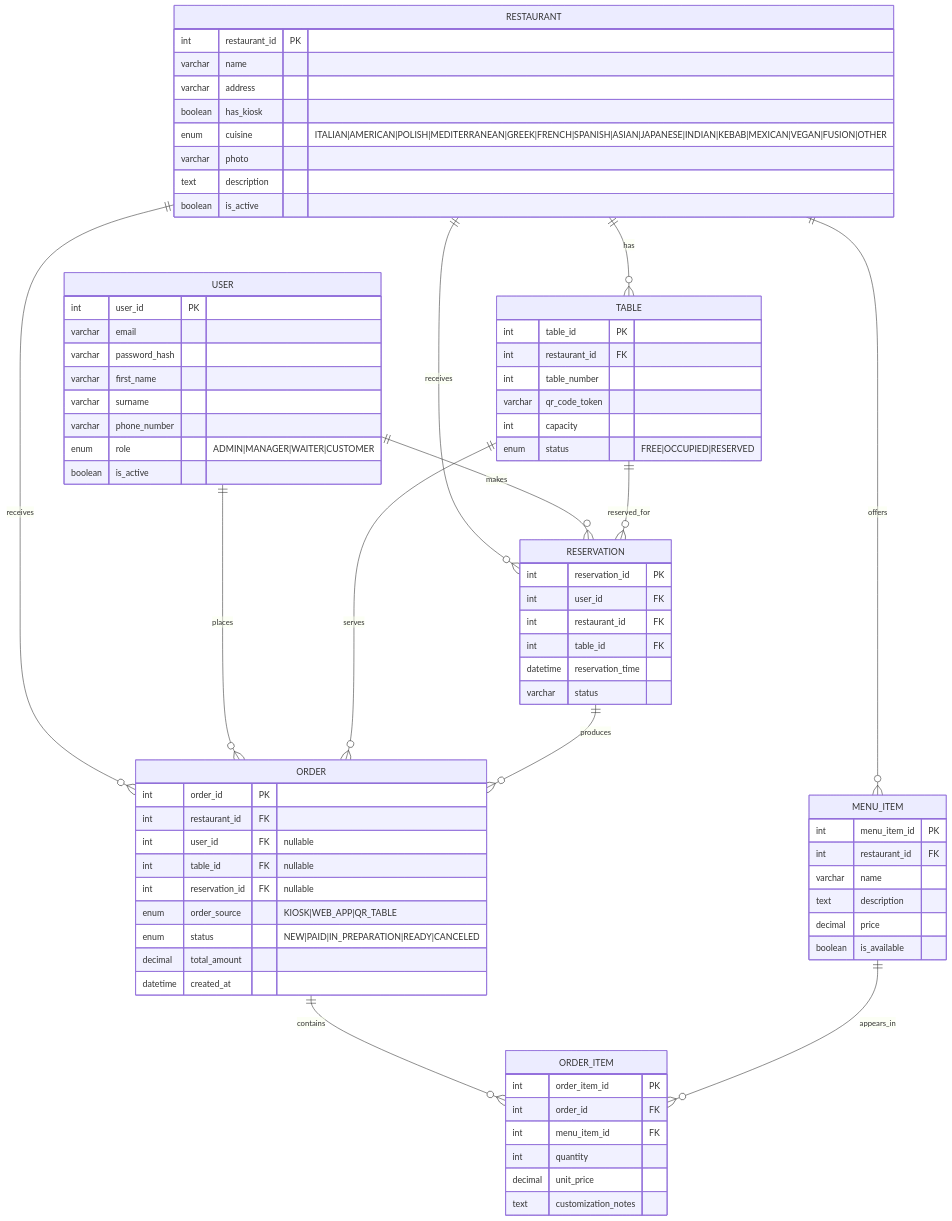
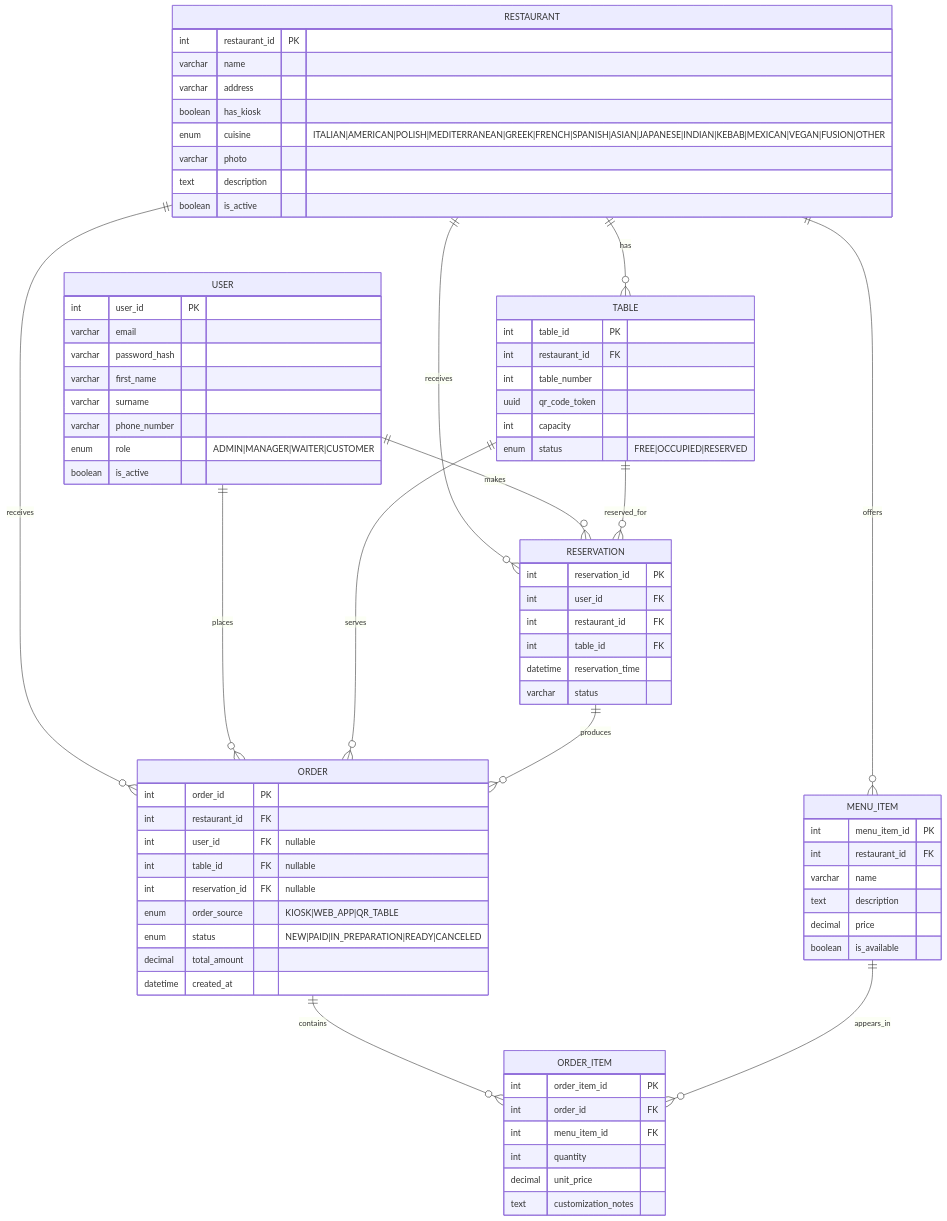
The second of 2 diagrams in Documentation/ARCHITECTURE.md (MatiBukowski/Zastosowania-Informatyki-w-gospodarce-), drawn with Mermaid before and after one commit.

Commit message:
Change qr_code_token type from varchar to uuid

```diff
--- a/Documentation/ARCHITECTURE.md
+++ b/Documentation/ARCHITECTURE.md
@@ -155,7 +155,7 @@
     int table_id PK
     int restaurant_id FK
     int table_number
-    varchar qr_code_token
+    uuid qr_code_token
     int capacity
     enum status "FREE|OCCUPIED|RESERVED"
   }
```
